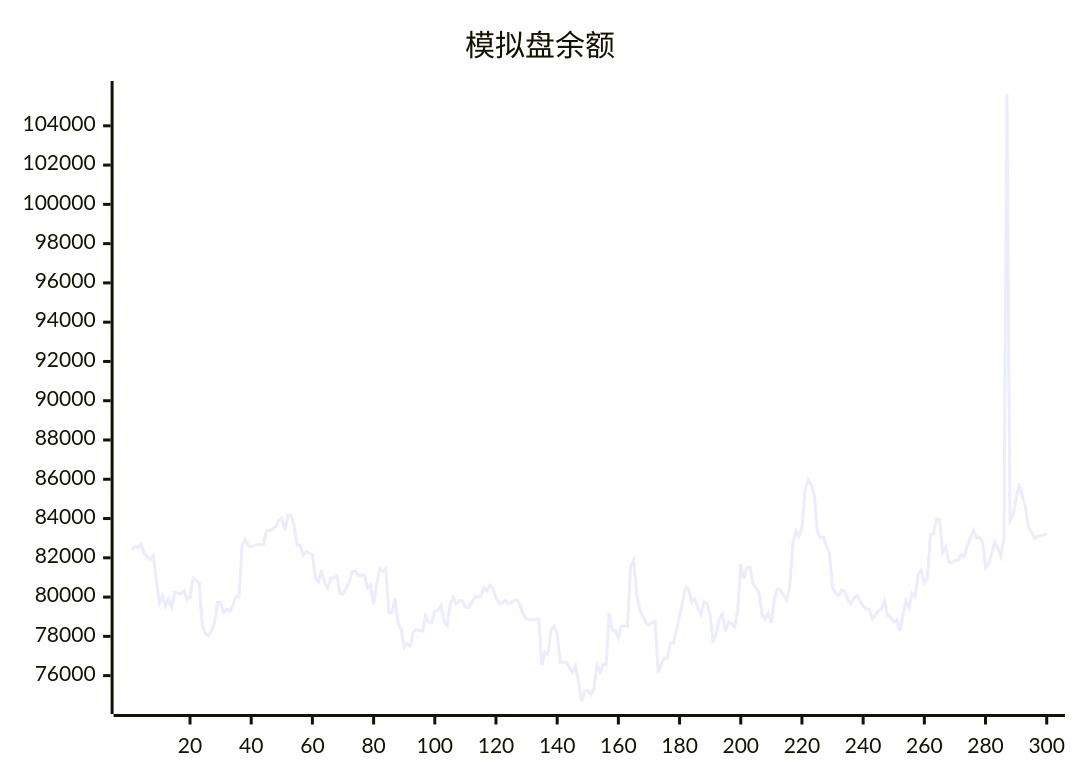
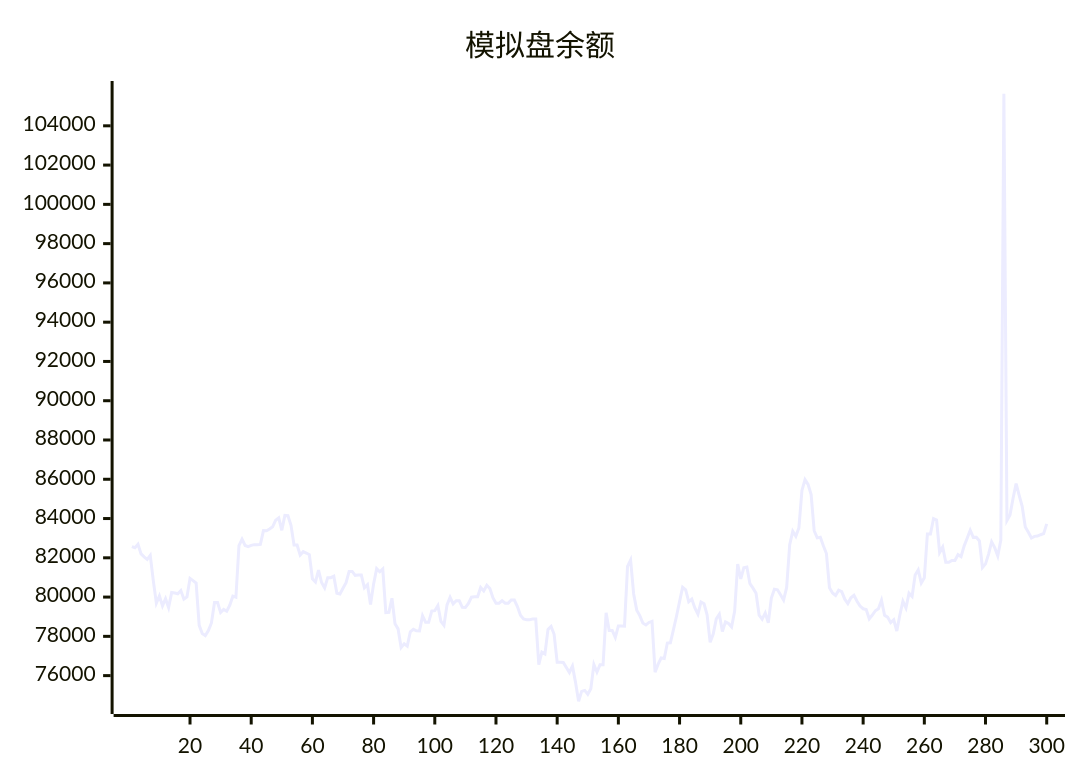
One commit to aahl/ai-trading changed the diagram in README.md. Above: the diagram before and after it, drawn with Mermaid. The commit also changed other lines of this file and 1 other file, not shown here.

````diff
--- a/README.md
+++ b/README.md
@@ -5,5 +5,5 @@
 ```mermaid
 xychart
     title "模拟盘余额"
-    line [82404,82572,82512,82688,82200,82047,81920,82125,80840,79688,80060,79552,79920,79470,80236,80208,80170,80336,79894,80006,80954,80837,80712,78561,78139,78037,78293,78682,79720,79720,79214,79372,79279,79591,80046,79993,82625,82950,82626,82571,82633,82670,82670,82681,83386,83378,83464,83579,83920,84037,83402,84160,84142,83652,82655,82655,82145,82315,82243,82163,80934,80770,81371,80742,80468,80989,80989,81067,80191,80155,80450,80737,81309,81309,81106,81119,81119,80471,80631,79624,80670,81448,81290,81429,79212,79222,79940,78643,78380,77432,77623,77504,78235,78358,78284,78277,79048,78714,78714,79290,79308,79567,78763,78563,79603,79988,79652,79813,79813,79476,79469,79673,79995,80015,80015,80486,80314,80600,80436,79966,79689,79689,79819,79692,79692,79850,79850,79518,79071,78889,78850,78850,78878,78878,76554,77202,77103,78357,78510,78106,76678,76677,76672,76411,76159,76485,75656,74695,75197,75246,75052,75334,76564,76179,76553,76551,79196,78300,78300,77944,78531,78531,78521,81564,81884,80160,79335,79055,78675,78580,78708,78764,76179,76586,76902,76876,77658,77669,78346,79023,79769,80497,80366,79761,79896,79448,79126,79749,79658,79097,77695,78114,78888,79126,78249,78738,78653,78478,79271,81680,80923,81488,81527,80681,80455,80190,79084,78879,79193,78686,79954,80403,80374,80118,79848,80491,82665,83351,83098,83525,85430,85983,85737,85221,83378,83014,83043,82613,82216,80477,80208,80081,80348,80277,79894,79670,79965,80093,79786,79542,79406,79371,78893,79087,79304,79406,79841,79072,78978,78696,78846,78272,79085,79787,79442,80198,80031,81120,81379,80718,80985,83214,83212,83993,83921,82270,82547,81776,81776,81866,81866,82158,82061,82596,83000,83408,83041,83050,82858,81503,81691,82188,82812,82517,82092,82901,105633,83898,84180,85030,85781,85178,84604,83569,83298,83008,83093,83107,83175,83228]
+    line [82572,82512,82688,82200,82047,81920,82125,80840,79688,80060,79552,79920,79470,80236,80208,80170,80336,79894,80006,80954,80837,80712,78561,78139,78037,78293,78682,79720,79720,79214,79372,79279,79591,80046,79993,82625,82950,82626,82571,82633,82670,82670,82681,83386,83378,83464,83579,83920,84037,83402,84160,84142,83652,82655,82655,82145,82315,82243,82163,80934,80770,81371,80742,80468,80989,80989,81067,80191,80155,80450,80737,81309,81309,81106,81119,81119,80471,80631,79624,80670,81448,81290,81429,79212,79222,79940,78643,78380,77432,77623,77504,78235,78358,78284,78277,79048,78714,78714,79290,79308,79567,78763,78563,79603,79988,79652,79813,79813,79476,79469,79673,79995,80015,80015,80486,80314,80600,80436,79966,79689,79689,79819,79692,79692,79850,79850,79518,79071,78889,78850,78850,78878,78878,76554,77202,77103,78357,78510,78106,76678,76677,76672,76411,76159,76485,75656,74695,75197,75246,75052,75334,76564,76179,76553,76551,79196,78300,78300,77944,78531,78531,78521,81564,81884,80160,79335,79055,78675,78580,78708,78764,76179,76586,76902,76876,77658,77669,78346,79023,79769,80497,80366,79761,79896,79448,79126,79749,79658,79097,77695,78114,78888,79126,78249,78738,78653,78478,79271,81680,80923,81488,81527,80681,80455,80190,79084,78879,79193,78686,79954,80403,80374,80118,79848,80491,82665,83351,83098,83525,85430,85983,85737,85221,83378,83014,83043,82613,82216,80477,80208,80081,80348,80277,79894,79670,79965,80093,79786,79542,79406,79371,78893,79087,79304,79406,79841,79072,78978,78696,78846,78272,79085,79787,79442,80198,80031,81120,81379,80718,80985,83214,83212,83993,83921,82270,82547,81776,81776,81866,81866,82158,82061,82596,83000,83408,83041,83050,82858,81503,81691,82188,82812,82517,82092,82901,105633,83898,84180,85030,85781,85178,84604,83569,83298,83008,83093,83107,83175,83228,83729]
 ```
````
